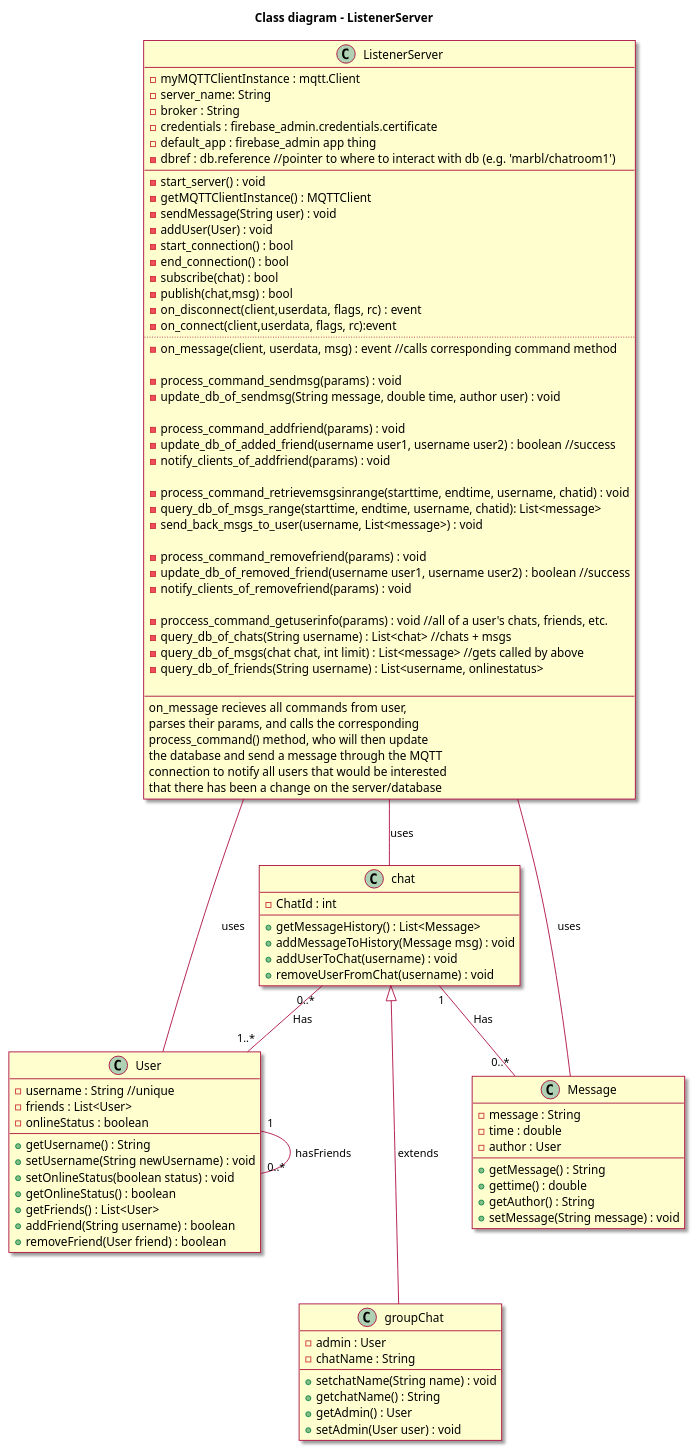
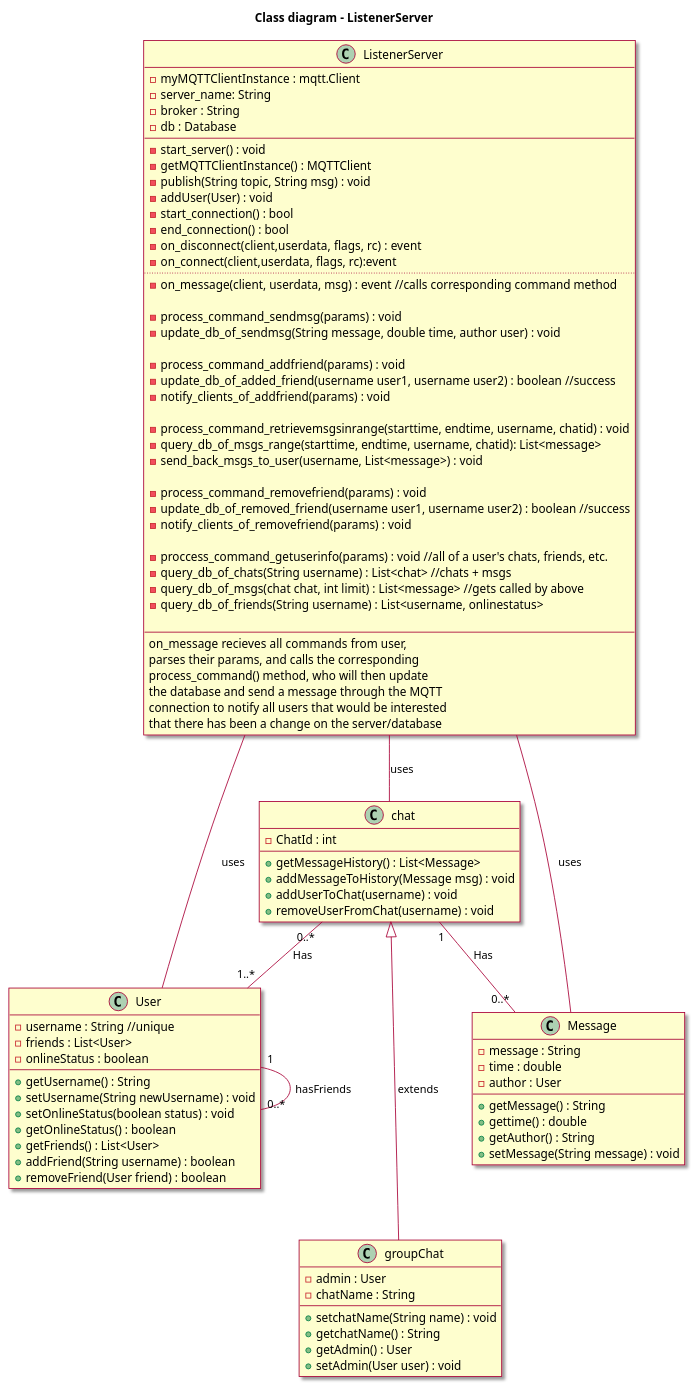
One commit to UBCO-COSC-310-Winter-2022-T2/the-project-marbl changed the diagram in diagrams/class_diagram_serverlistener.wsd. Above: the diagram before and after it, drawn with PlantUML. The commit also changed 2 other files, not shown here.

```diff
--- a/diagrams/class_diagram_serverlistener.wsd
+++ b/diagrams/class_diagram_serverlistener.wsd
@@ -1,119 +1,115 @@
 @startuml
 
 skin rose
 
 title Class diagram - ListenerServer
 
 
 skinparam componentStyle uml2
 
 
 class Message{
     - message : String
     - time : double
     - author : User
     +getMessage() : String
     +gettime() : double
     +getAuthor() : String
     +setMessage(String message) : void
 }
 
 class User  {
     -username : String //unique
     -friends : List<User>
     -onlineStatus : boolean
 
     +getUsername() : String
     +setUsername(String newUsername) : void
     +setOnlineStatus(boolean status) : void
     +getOnlineStatus() : boolean
     +getFriends() : List<User>
     +addFriend(String username) : boolean
     +removeFriend(User friend) : boolean
 }
 
 User "1"--"0..*" User : hasFriends
 
 Class groupChat {
     -admin : User
     -chatName : String
     +setchatName(String name) : void
     +getchatName() : String
     +getAdmin() : User
     +setAdmin(User user) : void
 }
 
 Class chat {
     -ChatId : int
     +getMessageHistory() : List<Message>
     +addMessageToHistory(Message msg) : void
     +addUserToChat(username) : void
     +removeUserFromChat(username) : void
 }
 
 chat "0..*" -- "1..*" User : Has
 
 chat "1" -- "0..*" Message : Has
 
 groupChat --up-|> chat : extends
 
 Class Server as "ListenerServer" {
     -myMQTTClientInstance : mqtt.Client 
     -server_name: String
     -broker : String
-    -credentials : firebase_admin.credentials.certificate
-    -default_app : firebase_admin app thing
-    -dbref : db.reference //pointer to where to interact with db (e.g. 'marbl/chatroom1')
+    -db : Database 
     --
      -start_server() : void 
     -getMQTTClientInstance() : MQTTClient
-    -sendMessage(String user) : void
+    -publish(String topic, String msg) : void
     -addUser(User) : void
     -start_connection() : bool
     -end_connection() : bool
-    -subscribe(chat) : bool
-    -publish(chat,msg) : bool
     -on_disconnect(client,userdata, flags, rc)  : event
     -on_connect(client,userdata, flags, rc):event
     ..
     -on_message(client, userdata, msg) : event //calls corresponding command method
     
     -process_command_sendmsg(params) : void
      -update_db_of_sendmsg(String message, double time, author user) : void
      
     -process_command_addfriend(params) : void
     -update_db_of_added_friend(username user1, username user2) : boolean //success
     -notify_clients_of_addfriend(params) : void
        
     -process_command_retrievemsgsinrange(starttime, endtime, username, chatid) : void
     -query_db_of_msgs_range(starttime, endtime, username, chatid): List<message>
     -send_back_msgs_to_user(username, List<message>) : void
    
      -process_command_removefriend(params) : void
     -update_db_of_removed_friend(username user1, username user2) : boolean //success
      -notify_clients_of_removefriend(params) : void
    
    -proccess_command_getuserinfo(params) : void //all of a user's chats, friends, etc.
    -query_db_of_chats(String username) : List<chat> //chats + msgs
    -query_db_of_msgs(chat chat, int limit) : List<message> //gets called by above
    -query_db_of_friends(String username) : List<username, onlinestatus>
  
     --
     on_message recieves all commands from user,
     parses their params, and calls the corresponding
     process_command() method, who will then update
     the database and send a message through the MQTT
     connection to notify all users that would be interested
     that there has been a change on the server/database
 }
 
 
 
 
 
 Server -- Message: uses
 Server -- User : uses
 Server -- chat: uses
 
 
 @enduml
```
